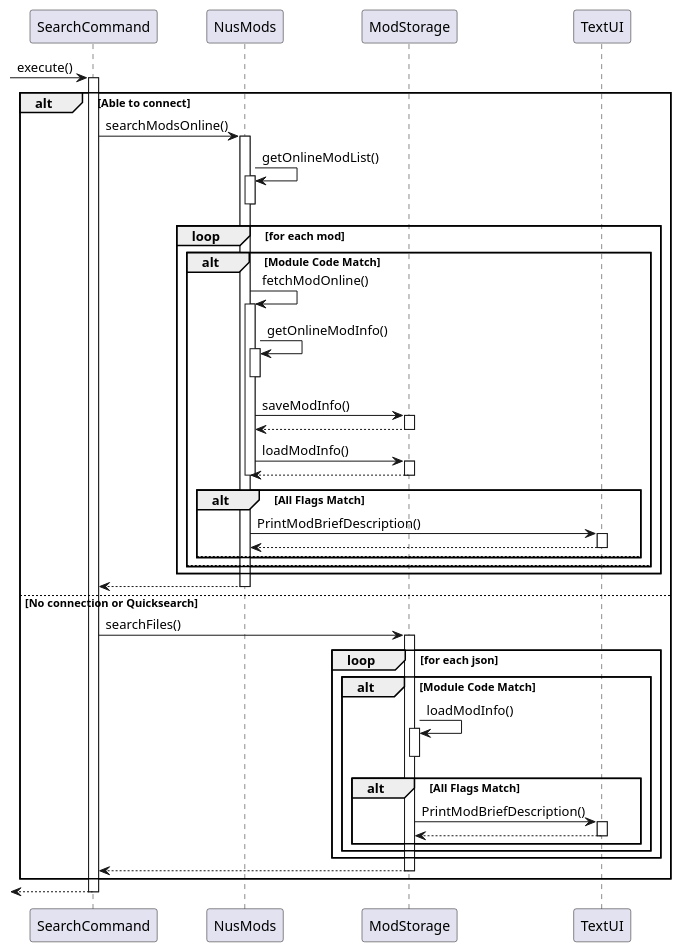
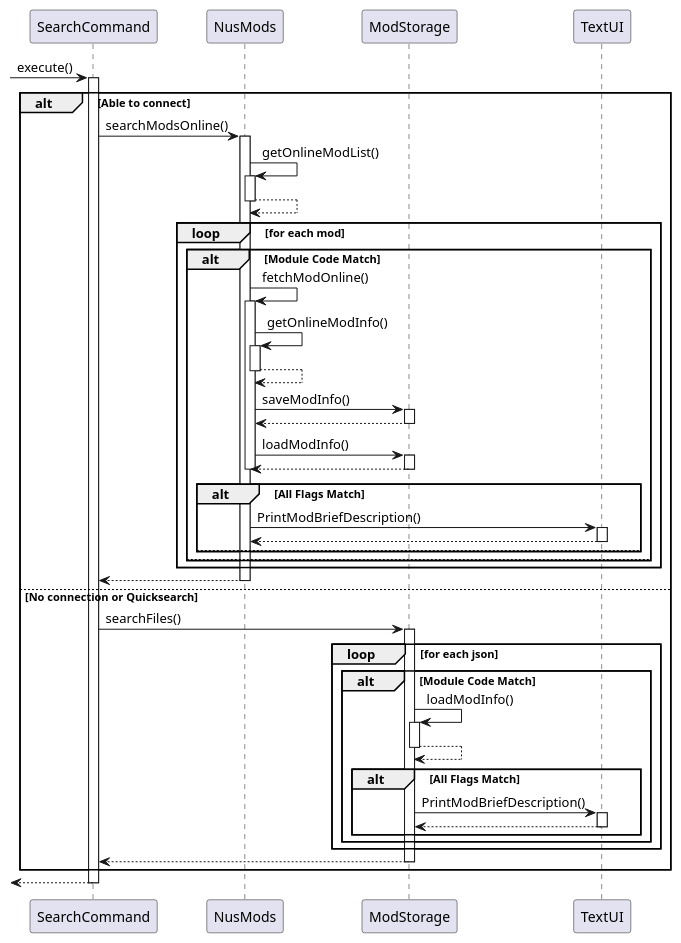
One commit to nus-cs2113-AY2122S1/tp changed the diagram in docs/uml-diagrams/Search.puml. Above: the diagram before and after it, drawn with PlantUML. The commit also changed 9 other files, not shown here.

Commit message:
Update to PUML files and diagrams.

```diff
--- a/docs/uml-diagrams/Search.puml
+++ b/docs/uml-diagrams/Search.puml
@@ -1,66 +1,69 @@
 @startuml
 
 [-> SearchCommand : execute()
 activate SearchCommand
 
 alt Able to connect
     SearchCommand -> NusMods : searchModsOnline()
     activate NusMods
     NusMods -> NusMods : getOnlineModList()
     activate NusMods
+    NusMods --> NusMods
     deactivate NusMods
     loop for each mod
             alt Module Code Match
                     NusMods -> NusMods : fetchModOnline()
                     activate NusMods
                     NusMods -> NusMods : getOnlineModInfo()
                     activate NusMods
+                    NusMods --> NusMods
                     deactivate NusMods
                     NusMods -> ModStorage : saveModInfo()
                     activate ModStorage
                     ModStorage --> NusMods
                     deactivate ModStorage
                     NusMods -> ModStorage : loadModInfo()
                     activate ModStorage
                     ModStorage --> NusMods
                     deactivate ModStorage
                     deactivate NusMods
                 alt All Flags Match
                     NusMods -> TextUI : PrintModBriefDescription()
                     activate TextUI
                     TextUI --> NusMods
                     deactivate TextUI
                 else
                 end
             else
             end
     end
     NusMods --> SearchCommand
     deactivate NusMods
 
 else No connection or Quicksearch
 
     SearchCommand -> ModStorage : searchFiles()
     activate ModStorage
     loop for each json
         alt Module Code Match
             ModStorage -> ModStorage : loadModInfo()
             activate ModStorage
+            ModStorage --> ModStorage
             deactivate ModStorage
             alt All Flags Match
                 ModStorage -> TextUI : PrintModBriefDescription()
                 activate TextUI
                 TextUI --> ModStorage
                 deactivate TextUI
             end
         end
     end
     ModStorage --> SearchCommand
     deactivate ModStorage
 
 end
 
 <-- SearchCommand
 deactivate SearchCommand
 
 @enduml
```
